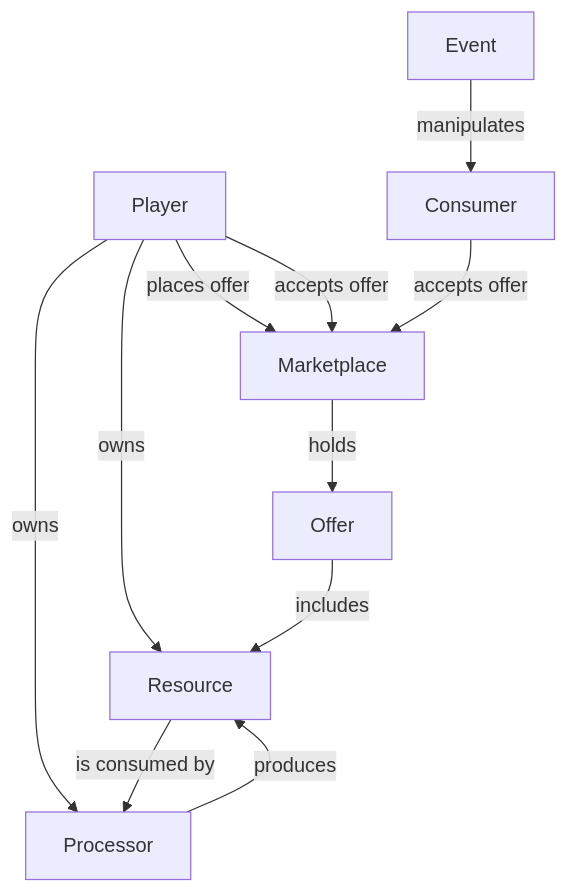
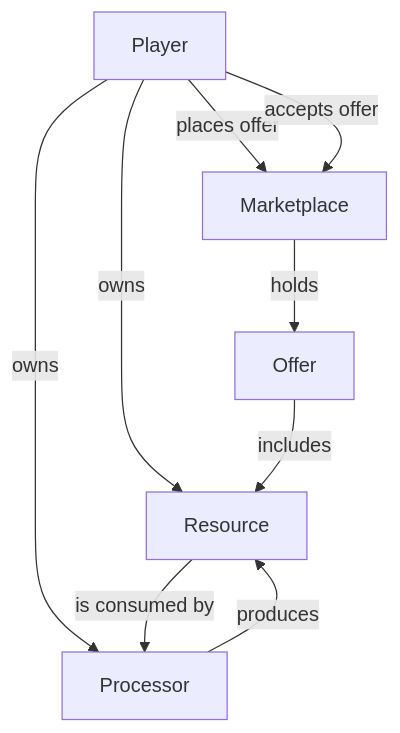
The diagram in README.md (hoenas/EconoSim), drawn with Mermaid before and after one commit.

Commit message:
Fixed diagram

```diff
--- a/README.md
+++ b/README.md
@@ -6,13 +6,11 @@
 ~~~mermaid
 graph TD;
     Marketplace-- holds -->Offer
     Player -- places offer -->Marketplace
     Player -- accepts offer -->Marketplace
     Player -- owns -->Processor
     Player -- owns --> Resource
     Processor -- produces --> Resource
     Resource -- is consumed by --> Processor
     Offer -- includes --> Resource
-    Consumer -- accepts offer --> Marketplace
-    Event -- manipulates --> Consumer
 ~~~
```
